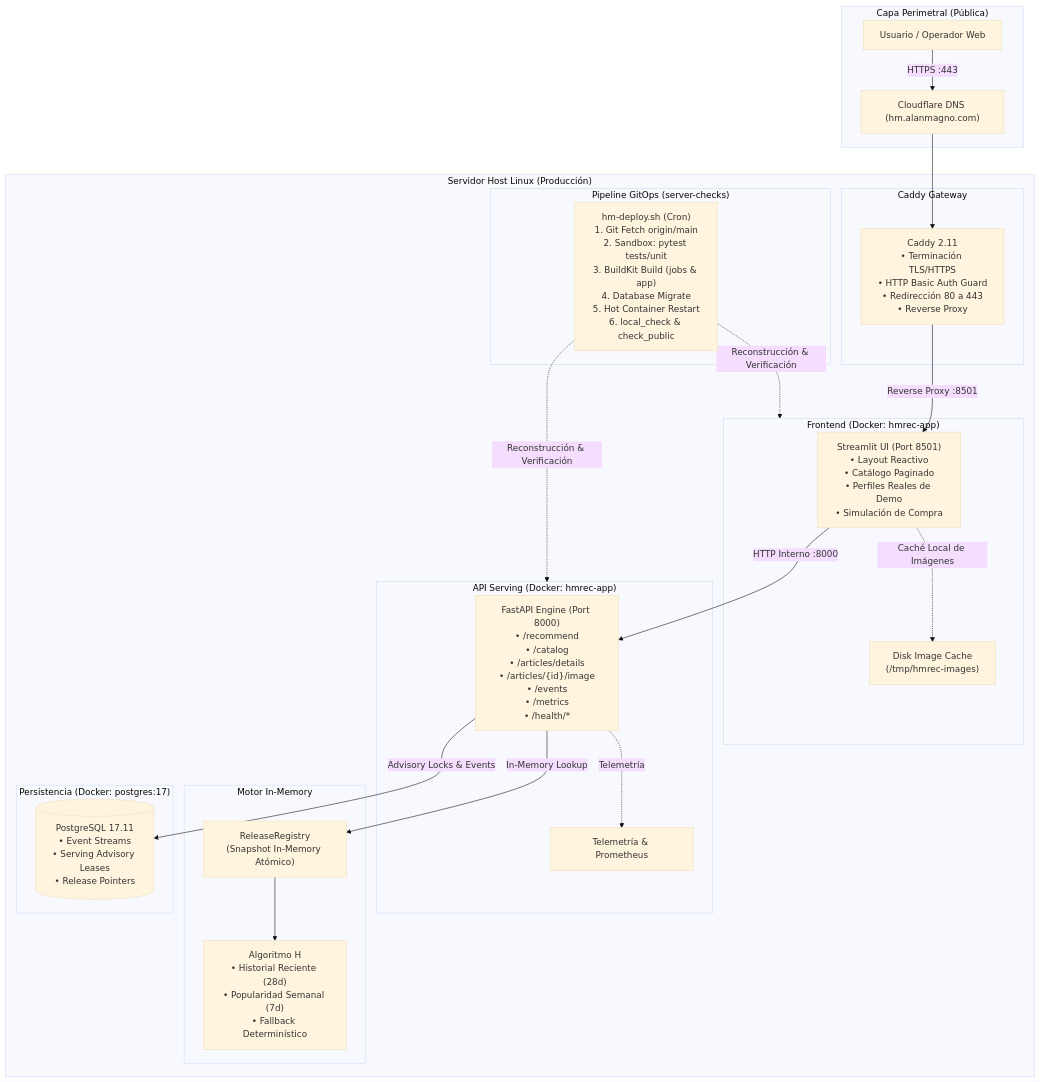
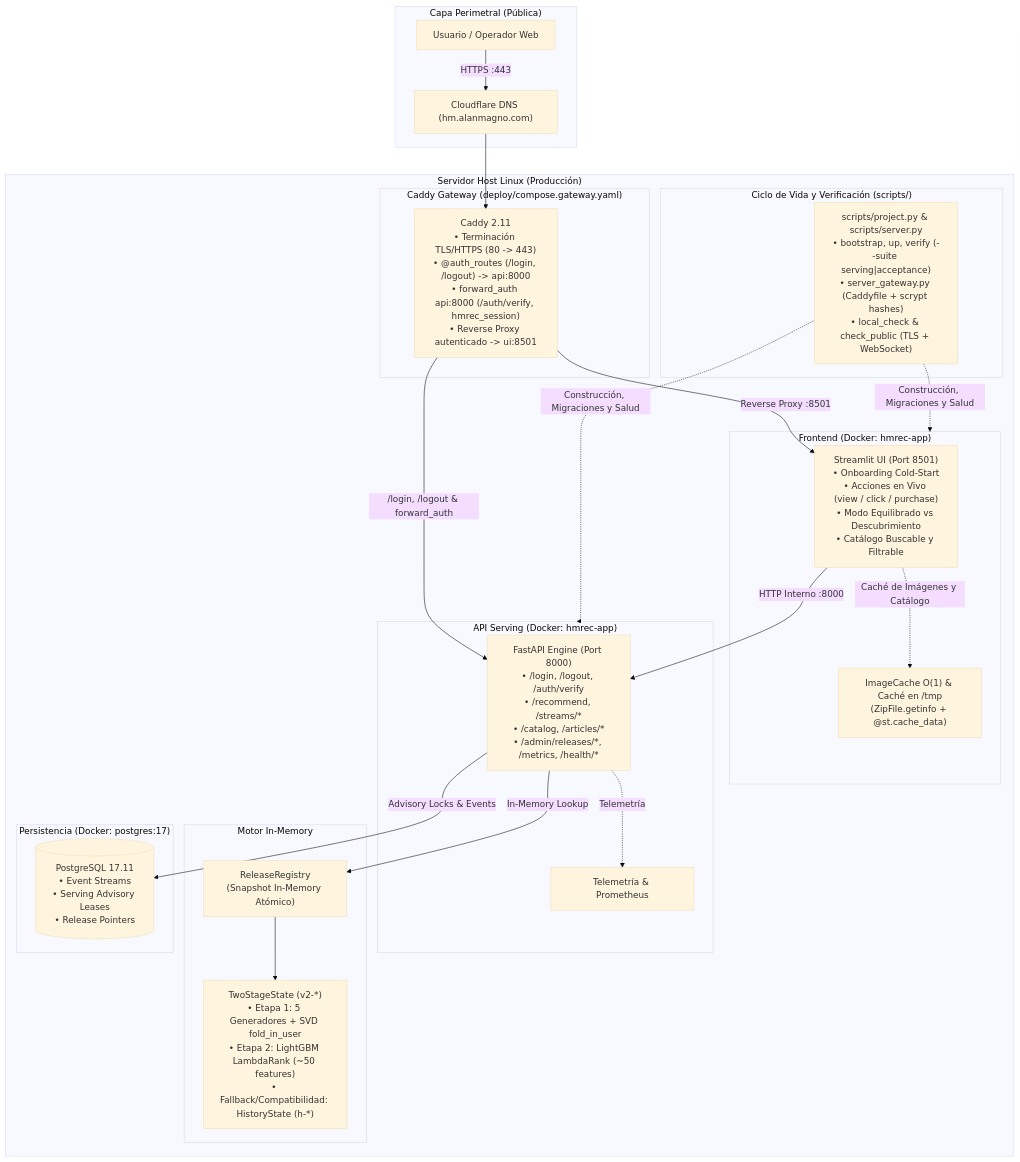
One commit to emilianodesu/clothing-recommendation changed the diagram in README.md. Above: the diagram before and after it, drawn with Mermaid (base theme). The commit also changed other lines of this file and 36 other files, not shown here.

````diff
--- a/README.md
+++ b/README.md
@@ -28,48 +28,49 @@
 ```mermaid
 flowchart TD
     subgraph Internet_Layer ["Capa Perimetral (Pública)"]
         Client["Usuario / Operador Web"]
         DNS["Cloudflare DNS (hm.alanmagno.com)"]
     end
 
     subgraph Host_Server ["Servidor Host Linux (Producción)"]
-        subgraph Gateway_Container ["Caddy Gateway"]
-            Caddy["Caddy 2.11\n• Terminación TLS/HTTPS\n• HTTP Basic Auth Guard\n• Redirección 80 a 443\n• Reverse Proxy"]
+        subgraph Gateway_Container ["Caddy Gateway (deploy/compose.gateway.yaml)"]
+            Caddy["Caddy 2.11\n• Terminación TLS/HTTPS (80 -> 443)\n• @auth_routes (/login, /logout) -> api:8000\n• forward_auth api:8000 (/auth/verify, hmrec_session)\n• Reverse Proxy autenticado -> ui:8501"]
         end
 
         subgraph Presentation_Container ["Frontend (Docker: hmrec-app)"]
-            UI["Streamlit UI (Port 8501)\n• Layout Reactivo\n• Catálogo Paginado\n• Perfiles Reales de Demo\n• Simulación de Compra"]
-            UICache["Disk Image Cache\n(/tmp/hmrec-images)"]
+            UI["Streamlit UI (Port 8501)\n• Onboarding Cold-Start\n• Acciones en Vivo (view / click / purchase)\n• Modo Equilibrado vs Descubrimiento\n• Catálogo Buscable y Filtrable"]
+            UICache["ImageCache O(1) & Caché en /tmp\n(ZipFile.getinfo + @st.cache_data)"]
         end
 
         subgraph Backend_Container ["API Serving (Docker: hmrec-app)"]
-            FastAPI["FastAPI Engine (Port 8000)\n• /recommend\n• /catalog\n• /articles/details\n• /articles/{id}/image\n• /events\n• /metrics\n• /health/*"]
+            FastAPI["FastAPI Engine (Port 8000)\n• /login, /logout, /auth/verify\n• /recommend, /streams/*\n• /catalog, /articles/*\n• /admin/releases/*, /metrics, /health/*"]
             Metrics["Telemetría & Prometheus"]
         end
 
         subgraph Engine_Layer ["Motor In-Memory"]
-            H_Engine["Algoritmo H\n• Historial Reciente (28d)\n• Popularidad Semanal (7d)\n• Fallback Determinístico"]
+            V2_Engine["TwoStageState (v2-*)\n• Etapa 1: 5 Generadores + SVD fold_in_user\n• Etapa 2: LightGBM LambdaRank (~50 features)\n• Fallback/Compatibilidad: HistoryState (h-*)"]
             ReleaseReg["ReleaseRegistry\n(Snapshot In-Memory Atómico)"]
         end
 
         subgraph Storage_Layer ["Persistencia (Docker: postgres:17)"]
             Postgres[("PostgreSQL 17.11\n• Event Streams\n• Serving Advisory Leases\n• Release Pointers")]
         end
 
-        subgraph Deploy_Pipeline ["Pipeline GitOps (server-checks)"]
-            DeployScript["hm-deploy.sh (Cron)\n1. Git Fetch origin/main\n2. Sandbox: pytest tests/unit\n3. BuildKit Build (jobs & app)\n4. Database Migrate\n5. Hot Container Restart\n6. local_check & check_public"]
+        subgraph Ops_Scripts ["Ciclo de Vida y Verificación (scripts/)"]
+            Ops["scripts/project.py & scripts/server.py\n• bootstrap, up, verify (--suite serving|acceptance)\n• server_gateway.py (Caddyfile + scrypt hashes)\n• local_check & check_public (TLS + WebSocket)"]
         end
     end
 
     Client -->|"HTTPS :443"| DNS
     DNS --> Caddy
+    Caddy -->|"/login, /logout & forward_auth"| FastAPI
     Caddy -->|"Reverse Proxy :8501"| UI
     UI -->|"HTTP Interno :8000"| FastAPI
     FastAPI -->|"In-Memory Lookup"| ReleaseReg
-    ReleaseReg --> H_Engine
+    ReleaseReg --> V2_Engine
     FastAPI -->|"Advisory Locks & Events"| Postgres
-    UI -.->|"Caché Local de Imágenes"| UICache
+    UI -.->|"Caché de Imágenes y Catálogo"| UICache
     FastAPI -.->|"Telemetría"| Metrics
-    DeployScript -.->|"Reconstrucción & Verificación"| Presentation_Container
-    DeployScript -.->|"Reconstrucción & Verificación"| Backend_Container
+    Ops -.->|"Construcción, Migraciones y Salud"| Presentation_Container
+    Ops -.->|"Construcción, Migraciones y Salud"| Backend_Container
 ```
````
